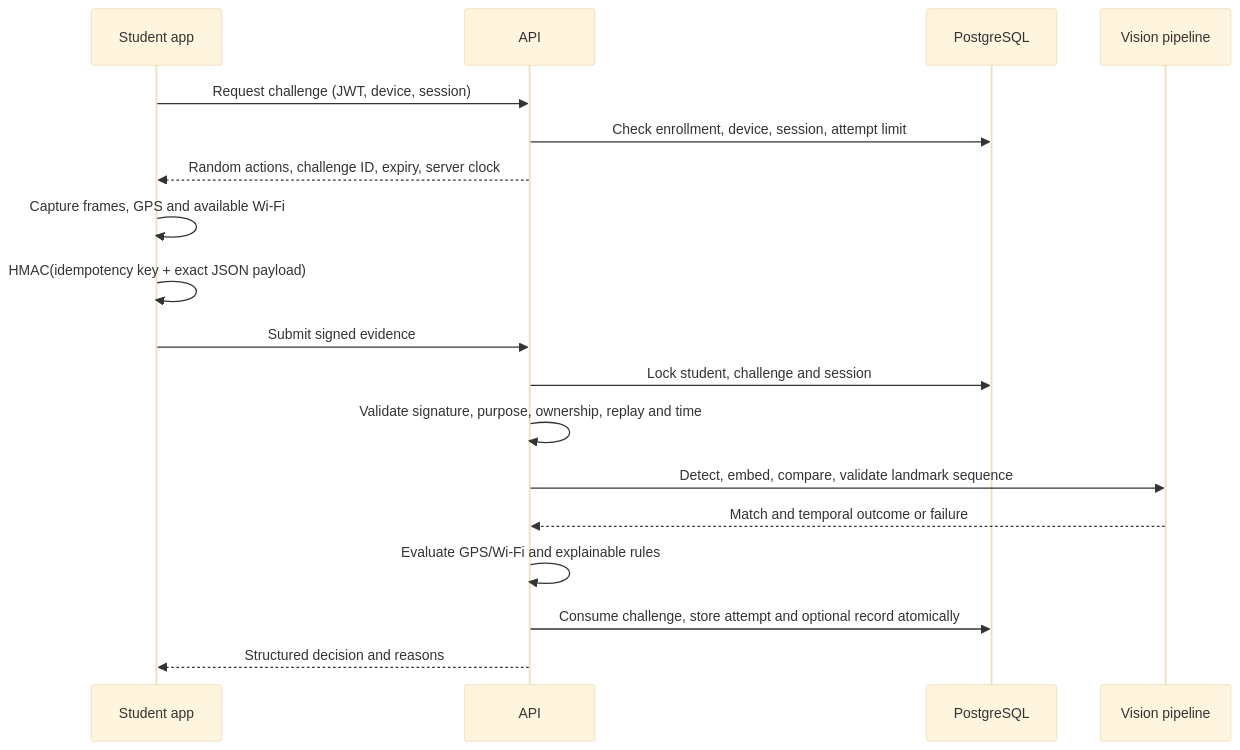
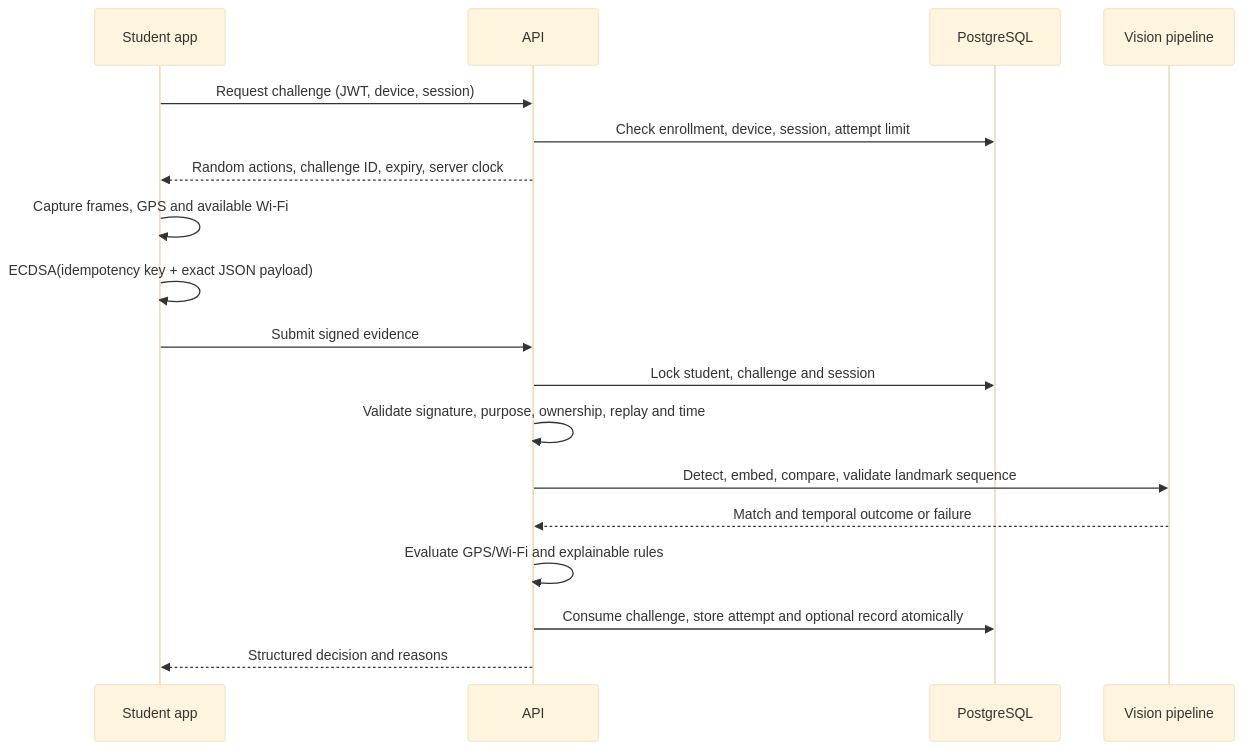
One commit to Anishpantham/Secure-Presence-Verification-System-SVPS---Attendance-Software changed the second of 3 diagrams in docs/SYSTEM_ARCHITECTURE.md. Above: the diagram before and after it, drawn with Mermaid (base theme). The commit also changed other lines of this file and 98 other files, not shown here.

````diff
--- a/docs/SYSTEM_ARCHITECTURE.md
+++ b/docs/SYSTEM_ARCHITECTURE.md
@@ -30,20 +30,20 @@
 ```mermaid
 sequenceDiagram
   participant M as Student app
   participant A as API
   participant D as PostgreSQL
   participant V as Vision pipeline
   M->>A: Request challenge (JWT, device, session)
   A->>D: Check enrollment, device, session, attempt limit
   A-->>M: Random actions, challenge ID, expiry, server clock
   M->>M: Capture frames, GPS and available Wi-Fi
-  M->>M: HMAC(idempotency key + exact JSON payload)
+  M->>M: ECDSA(idempotency key + exact JSON payload)
   M->>A: Submit signed evidence
   A->>D: Lock student, challenge and session
   A->>A: Validate signature, purpose, ownership, replay and time
   A->>V: Detect, embed, compare, validate landmark sequence
   V-->>A: Match and temporal outcome or failure
   A->>A: Evaluate GPS/Wi-Fi and explainable rules
   A->>D: Consume challenge, store attempt and optional record atomically
   A-->>M: Structured decision and reasons
 ```
````
